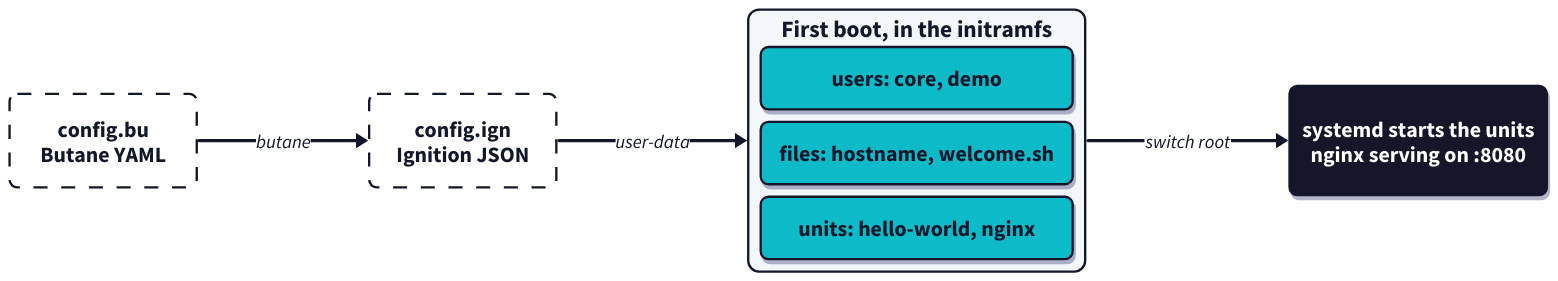
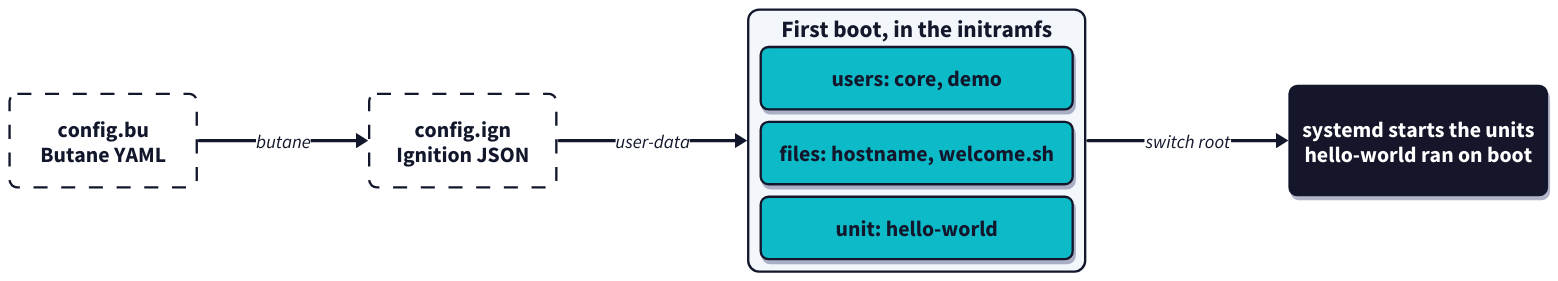
Before and after one commit to John15321/kubecon-na-2026-: the diagram in assets/diagrams/ignition-first-boot.d2, drawn with D2. The commit also changed 97 other files, not shown here.

```diff
--- a/assets/diagrams/ignition-first-boot.d2
+++ b/assets/diagrams/ignition-first-boot.d2
@@ -1,34 +1,34 @@
 vars: {
   d2-config: {
     pad: 24
     sketch: false
   }
 }
 
 classes: {
   yours: {style: {fill: "#FFFFFF"; stroke: "#12172B"; stroke-width: 3; stroke-dash: 6; font-color: "#12172B"; font-size: 28; bold: true; border-radius: 10}}
   flatcar: {style: {fill: "#09BAC8"; stroke: "#12172B"; stroke-width: 3; font-color: "#12172B"; font-size: 28; bold: true; border-radius: 10; shadow: true}}
   navy: {style: {fill: "#12172B"; stroke: "#12172B"; stroke-width: 3; font-color: "#FFFFFF"; font-size: 28; bold: true; border-radius: 10; shadow: true}}
   group: {style: {fill: "#F3F6FA"; stroke: "#12172B"; stroke-width: 3; font-color: "#12172B"; font-size: 30; bold: true; border-radius: 14}}
   arrow: {style: {stroke: "#12172B"; stroke-width: 4; font-color: "#12172B"; font-size: 24}}
 }
 
 direction: right
 
 bu: "config.bu\nButane YAML" {class: yours; width: 240; height: 120}
 ign: "config.ign\nIgnition JSON" {class: yours; width: 240; height: 120}
 
 boot: "First boot, in the initramfs" {
   class: group
   grid-columns: 1
   grid-gap: 16
   users: "users: core, demo" {class: flatcar; width: 400; height: 80}
   files: "files: hostname, welcome.sh" {class: flatcar; width: 400; height: 80}
-  units: "units: hello-world, nginx" {class: flatcar; width: 400; height: 80}
+  units: "unit: hello-world" {class: flatcar; width: 400; height: 80}
 }
 
-up: "systemd starts the units\nnginx serving on :8080" {class: navy; width: 330; height: 140}
+up: "systemd starts the units\nhello-world ran on boot" {class: navy; width: 330; height: 140}
 
 bu -> ign: "butane" {class: arrow}
 ign -> boot: "user-data" {class: arrow}
 boot -> up: "switch root" {class: arrow}
```
